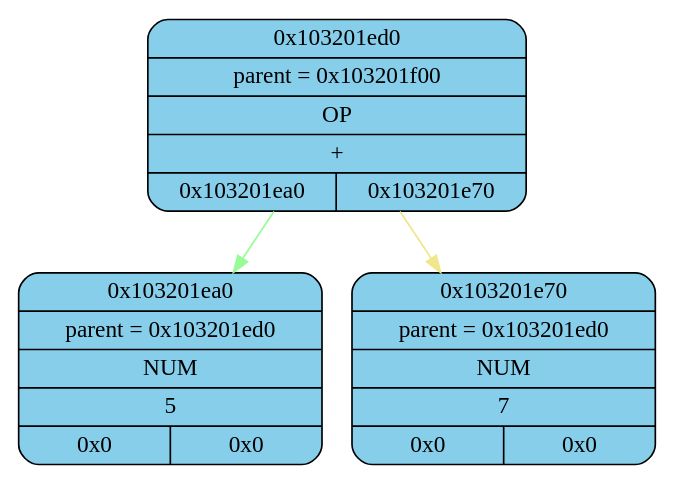
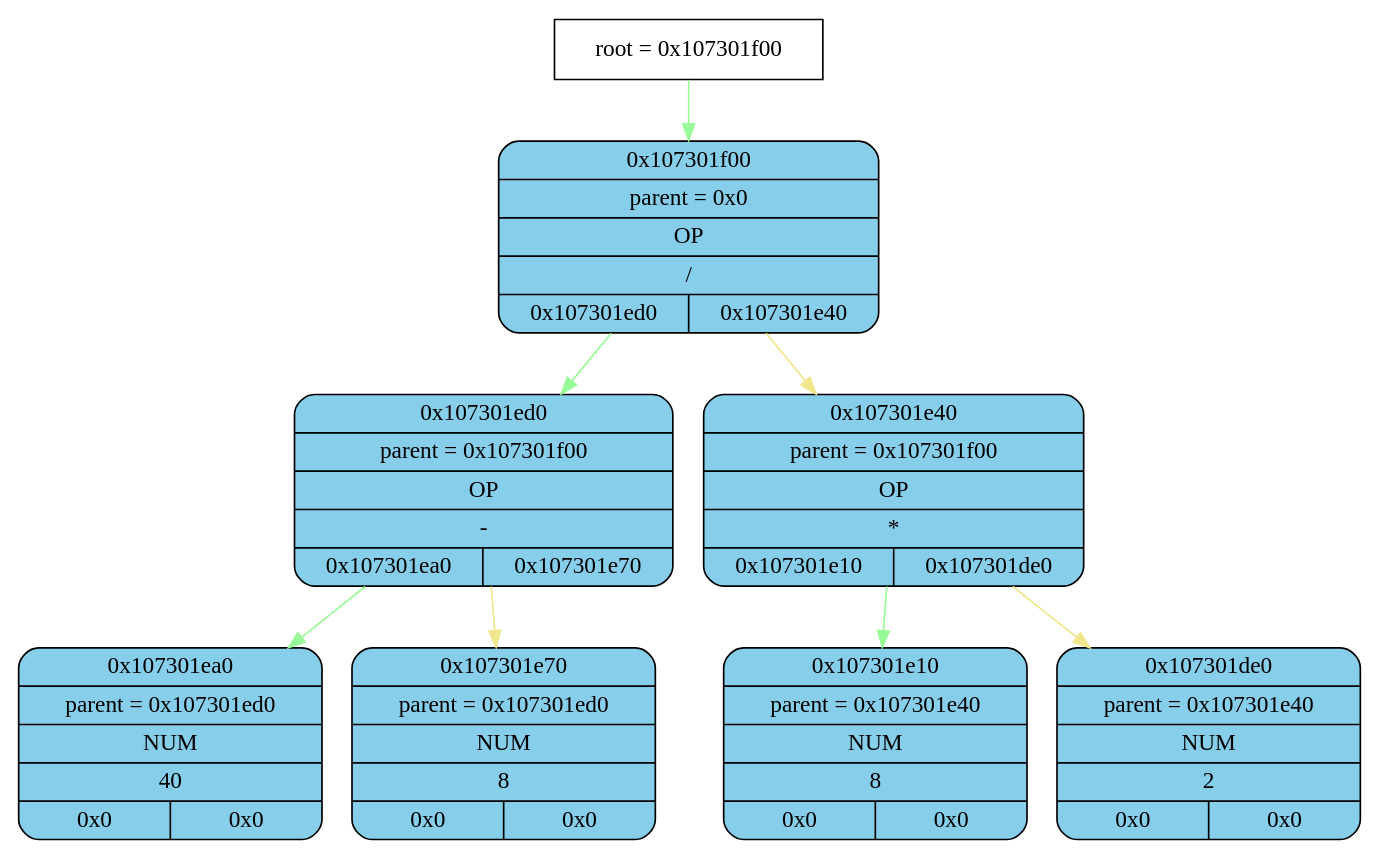
Before and after one commit to esgalimov/differentiator: the diagram in tmp/graphviz.dot, drawn with Graphviz. The commit also changed 13 other files, not shown here.

```diff
--- a/tmp/graphviz.dot
+++ b/tmp/graphviz.dot
@@ -1,11 +1,26 @@
 digraph
 {
-    node_0x103201ed0[shape = Mrecord, label = "{{0x103201ed0} | {parent =  0x103201f00} | {OP} | {+} | {0x103201ea0 | 0x103201e70}}",
+    node_info[shape = record, label = "{root = 0x107301f00}"];
+
+    node_info->node_0x107301f00 [color = "#98FB98"];
+    node_0x107301f00[shape = Mrecord, label = "{{0x107301f00} | {parent =  0x0} | {OP} | {/} | {0x107301ed0 | 0x107301e40}}",
                 style="filled", fillcolor="#87CEEB"];
-    node_0x103201ea0[shape = Mrecord, label = "{{0x103201ea0} | {parent =  0x103201ed0} | {NUM} | {5} | {0x0 | 0x0}}",
+    node_0x107301ed0[shape = Mrecord, label = "{{0x107301ed0} | {parent =  0x107301f00} | {OP} | {-} | {0x107301ea0 | 0x107301e70}}",
                 style="filled", fillcolor="#87CEEB"];
-    node_0x103201e70[shape = Mrecord, label = "{{0x103201e70} | {parent =  0x103201ed0} | {NUM} | {7} | {0x0 | 0x0}}",
+    node_0x107301ea0[shape = Mrecord, label = "{{0x107301ea0} | {parent =  0x107301ed0} | {NUM} | {40} | {0x0 | 0x0}}",
                 style="filled", fillcolor="#87CEEB"];
-    node_0x103201ed0->node_0x103201ea0 [color = "#98FB98"];
-    node_0x103201ed0->node_0x103201e70 [color = "#F0E68C"];
+    node_0x107301e70[shape = Mrecord, label = "{{0x107301e70} | {parent =  0x107301ed0} | {NUM} | {8} | {0x0 | 0x0}}",
+                style="filled", fillcolor="#87CEEB"];
+    node_0x107301e40[shape = Mrecord, label = "{{0x107301e40} | {parent =  0x107301f00} | {OP} | {*} | {0x107301e10 | 0x107301de0}}",
+                style="filled", fillcolor="#87CEEB"];
+    node_0x107301e10[shape = Mrecord, label = "{{0x107301e10} | {parent =  0x107301e40} | {NUM} | {8} | {0x0 | 0x0}}",
+                style="filled", fillcolor="#87CEEB"];
+    node_0x107301de0[shape = Mrecord, label = "{{0x107301de0} | {parent =  0x107301e40} | {NUM} | {2} | {0x0 | 0x0}}",
+                style="filled", fillcolor="#87CEEB"];
+    node_0x107301f00->node_0x107301ed0 [color = "#98FB98"];
+    node_0x107301ed0->node_0x107301ea0 [color = "#98FB98"];
+    node_0x107301ed0->node_0x107301e70 [color = "#F0E68C"];
+    node_0x107301f00->node_0x107301e40 [color = "#F0E68C"];
+    node_0x107301e40->node_0x107301e10 [color = "#98FB98"];
+    node_0x107301e40->node_0x107301de0 [color = "#F0E68C"];
 }
```
